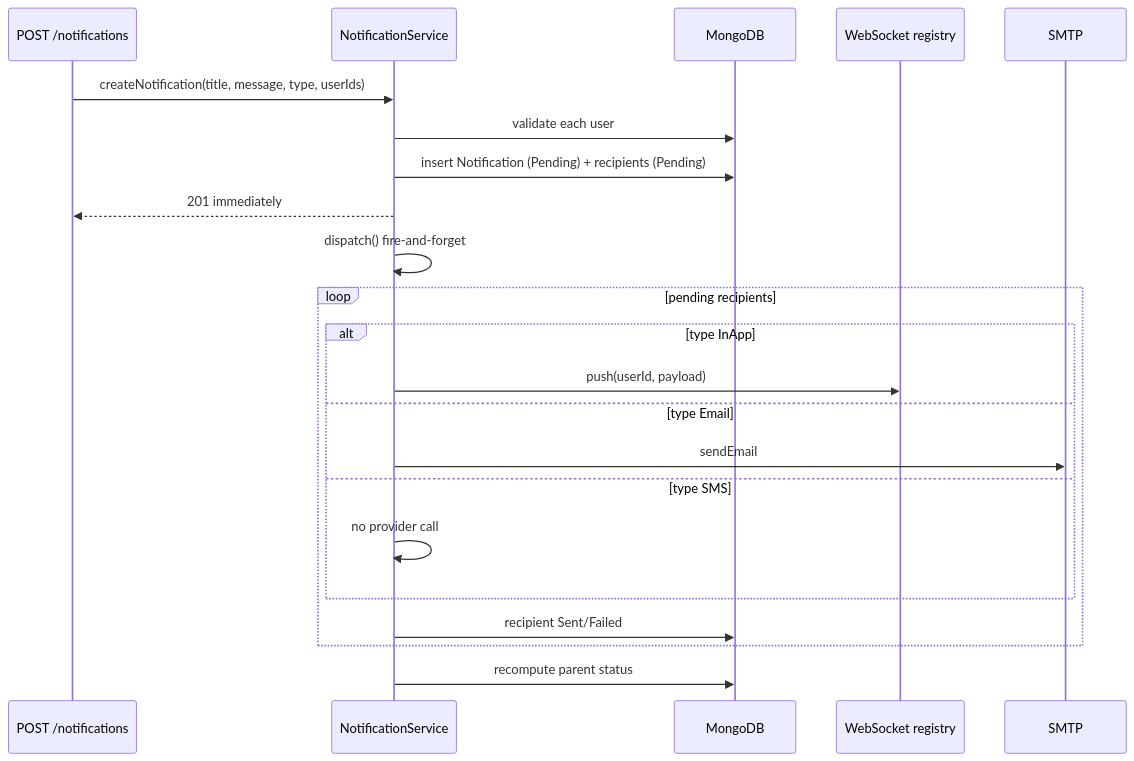
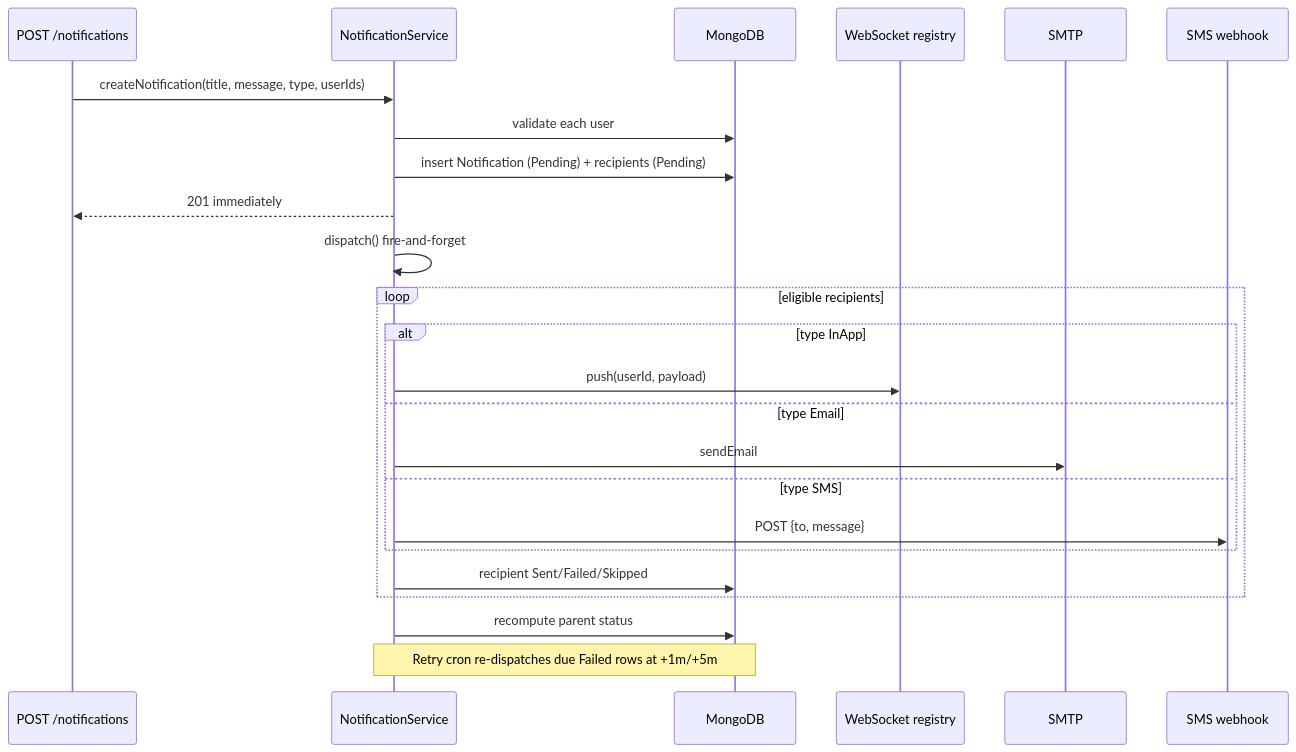
The eighth of 8 diagrams in server/docs/architecture/data-flow.md (aabhushanCD/spims), drawn with Mermaid before and after one commit. The commit also changed other lines of this file and 22 other files, not shown here.

````diff
--- a/server/docs/architecture/data-flow.md
+++ b/server/docs/architecture/data-flow.md
@@ -235,25 +235,27 @@
 ```mermaid
 sequenceDiagram
   participant API as POST /notifications
   participant NS as NotificationService
   participant DB as MongoDB
   participant WS as WebSocket registry
   participant Mail as SMTP
+  participant SMS as SMS webhook
 
   API->>NS: createNotification(title, message, type, userIds)
   NS->>DB: validate each user
   NS->>DB: insert Notification (Pending) + recipients (Pending)
   NS-->>API: 201 immediately
   NS->>NS: dispatch() fire-and-forget
-  loop pending recipients
+  loop eligible recipients
     alt type InApp
       NS->>WS: push(userId, payload)
     else type Email
       NS->>Mail: sendEmail
     else type SMS
-      NS->>NS: no provider call
+      NS->>SMS: POST {to, message}
     end
-    NS->>DB: recipient Sent/Failed
+    NS->>DB: recipient Sent/Failed/Skipped
   end
   NS->>DB: recompute parent status
+  Note over NS,DB: Retry cron re-dispatches due Failed rows at +1m/+5m
 ```
````
